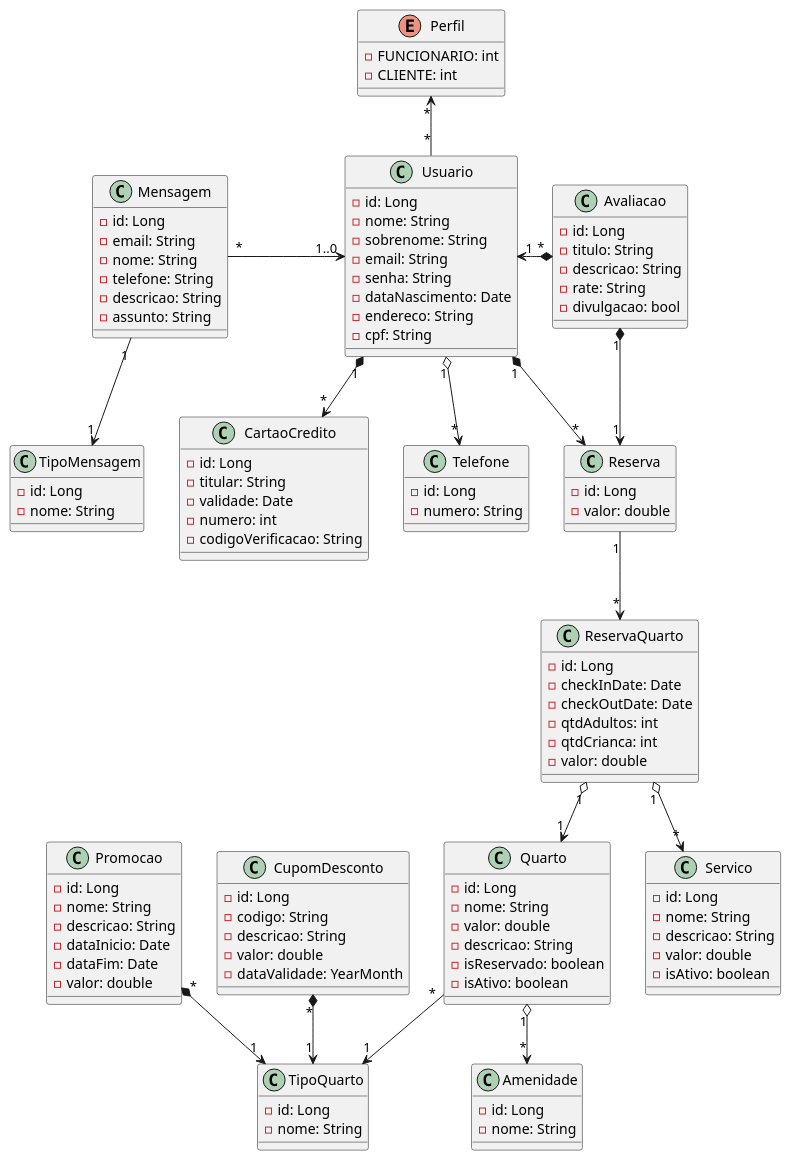
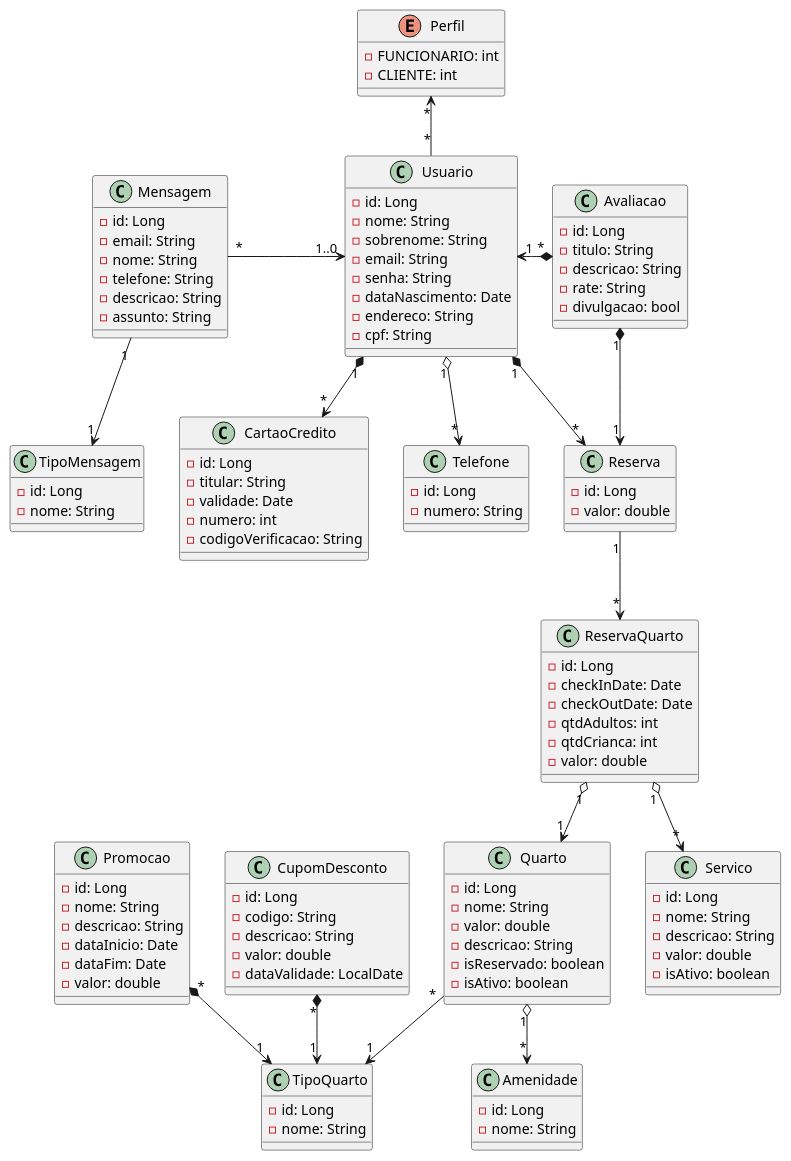
The diagram in src/main/resources/documents/Uml_Hotel_Final.puml (Juliana-Paz/quarkus-hotel), drawn with PlantUML before and after one commit. The commit also changed 20 other files, not shown here.

```diff
--- a/src/main/resources/documents/Uml_Hotel_Final.puml
+++ b/src/main/resources/documents/Uml_Hotel_Final.puml
@@ -1,129 +1,129 @@
 @startuml OasisHotel
 
 class Usuario {
     - id: Long
     - nome: String
     - sobrenome: String
     - email: String
     - senha: String
     - dataNascimento: Date
     - endereco: String
     - cpf: String
 }
 
 enum Perfil {
     - FUNCIONARIO: int
     - CLIENTE: int
 }
 
 class Telefone {
     - id: Long
     - numero: String
 }
 
 class Quarto {
     - id: Long
     - nome: String
     - valor: double
     - descricao: String
     - isReservado: boolean
     - isAtivo: boolean
 }
 
 class TipoQuarto {
     - id: Long
     - nome: String
 }
 
 class Amenidade {
     - id: Long
     - nome: String
 }
 
 class Promocao {
     - id: Long
     - nome: String
     - descricao: String
     - dataInicio: Date
     - dataFim: Date
     - valor: double
 }
 
 class ReservaQuarto {
     - id: Long
     - checkInDate: Date
     - checkOutDate: Date
     - qtdAdultos: int
     - qtdCrianca: int
     - valor: double
 }
 
 class Servico {
     - id: Long
     - nome: String
     - descricao: String
     - valor: double
     - isAtivo: boolean
 }
 
 class Reserva {
     - id: Long
     - valor: double
 }
 
 class CartaoCredito {
     - id: Long
     - titular: String
     - validade: Date
     - numero: int 
     - codigoVerificacao: String
 }
 
 class CupomDesconto {
     - id: Long
     - codigo: String
     - descricao: String
     - valor: double
-    - dataValidade: YearMonth
+    - dataValidade: LocalDate
 }
 
 class Avaliacao {
     - id: Long
     - titulo: String
     - descricao: String
     - rate: String
     - divulgacao: bool
 }
 
 class Mensagem {
     - id: Long
     - email: String
     - nome: String
     - telefone: String
     - descricao: String
     - assunto: String
 }
 
 class TipoMensagem {
     - id: Long
     - nome: String
 }
 
 Usuario "1" o--> "*" Telefone
 Usuario "*" -up-> "*" Perfil
 Usuario "1" *--> "*" CartaoCredito
 Mensagem "*" -right-> "1..0" Usuario
 Mensagem "1" --> "1" TipoMensagem
 Avaliacao "*" *-left-> "1" Usuario
 Avaliacao "1" *--> "1" Reserva
 Usuario "1" *--> "*" Reserva
 Reserva "1" --> "*" ReservaQuarto
 ReservaQuarto "1" o--> "*" Servico
 ReservaQuarto "1" o--> "1" Quarto
 Quarto "1" o--> "*" Amenidade
 Quarto "*" --> "1" TipoQuarto
 Promocao "*" *--> "1" TipoQuarto
 CupomDesconto "*" *--> "1" TipoQuarto
 
 
 @enduml
```
